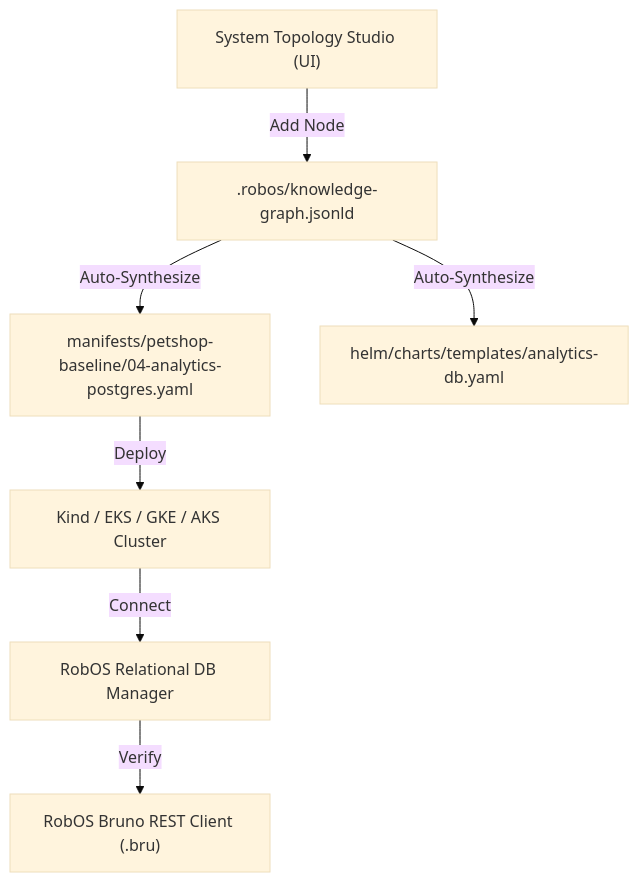
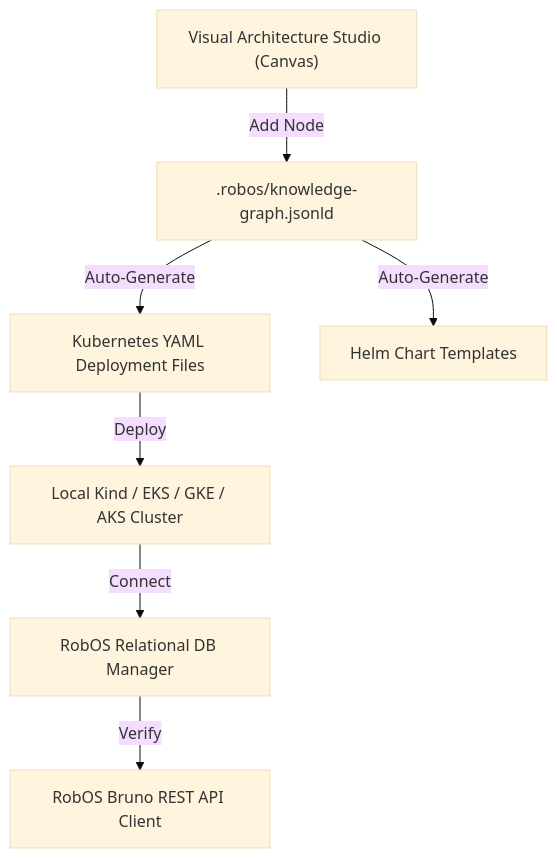
The fourth of 5 diagrams in docs/index.md (nddipiazza/robos), drawn with Mermaid (base theme) before and after one commit. The commit also changed other lines of this file and 5 other files, not shown here.

````diff
--- a/docs/index.md
+++ b/docs/index.md
@@ -153,9 +153,9 @@
 ```mermaid
 flowchart TD
-    UI["System Topology Studio (UI)"] -->|Add Node| KGraph[".robos/knowledge-graph.jsonld"]
-    KGraph -->|Auto-Synthesize| K8s["manifests/petshop-baseline/04-analytics-postgres.yaml"]
-    KGraph -->|Auto-Synthesize| Helm["helm/charts/templates/analytics-db.yaml"]
-    K8s -->|Deploy| Cluster["Kind / EKS / GKE / AKS Cluster"]
+    UI["Visual Architecture Studio (Canvas)"] -->|Add Node| KGraph[".robos/knowledge-graph.jsonld"]
+    KGraph -->|Auto-Generate| K8s["Kubernetes YAML Deployment Files"]
+    KGraph -->|Auto-Generate| Helm["Helm Chart Templates"]
+    K8s -->|Deploy| Cluster["Local Kind / EKS / GKE / AKS Cluster"]
     Cluster -->|Connect| DBM["RobOS Relational DB Manager"]
-    DBM -->|Verify| REST["RobOS Bruno REST Client (.bru)"]
+    DBM -->|Verify| REST["RobOS Bruno REST API Client"]
 ```
````
